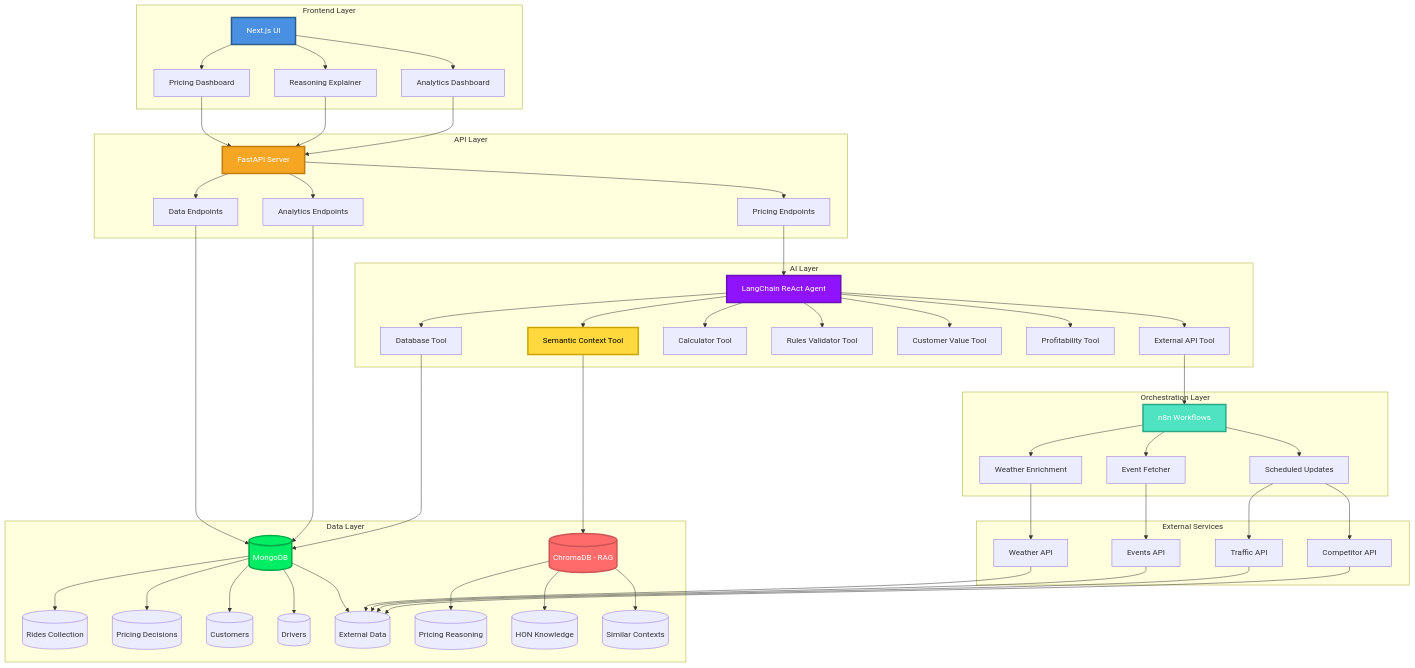
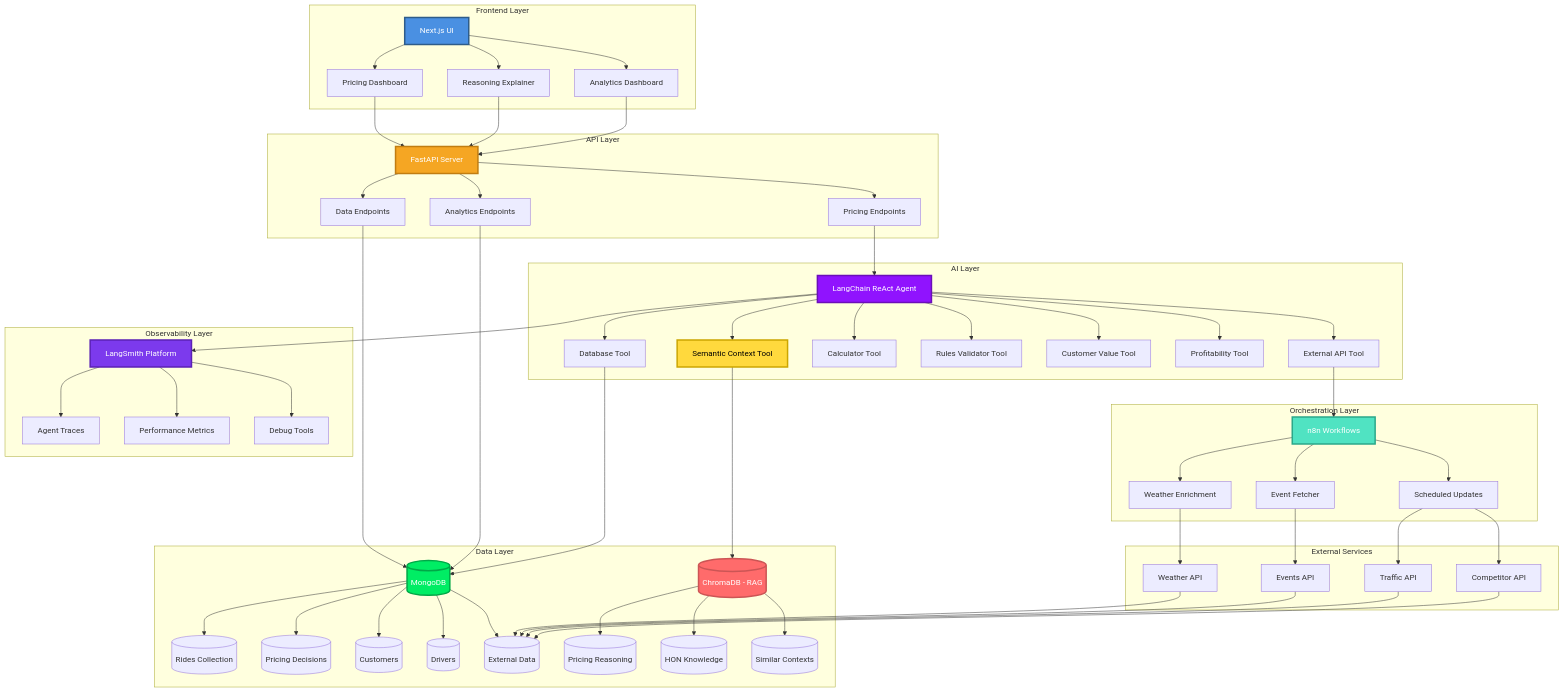
Before and after one commit to fly2safa/HON-hackathon-dynamic-pricing: the first of 6 diagrams in docs/implementation-plan.md, drawn with Mermaid. The commit also changed other lines of this file and 1 other file, not shown here.

Commit message:
Add LangSmith observability proposal and integration plan

````diff
--- a/docs/implementation-plan.md
+++ b/docs/implementation-plan.md
@@ -195,6 +208,13 @@
         Competitor[Competitor API]
     end
     
+    subgraph "Observability Layer"
+        LangSmith[LangSmith Platform]
+        Traces[Agent Traces]
+        Metrics[Performance Metrics]
+        Debugging[Debug Tools]
+    end
+    
     UI --> Dashboard
     UI --> Explainer
     UI --> Analytics
@@ -218,6 +238,7 @@
     Agent --> CustomerTool
     Agent --> ProfitTool
     Agent --> RAGTool
+    Agent --> LangSmith
     
     DBTool --> MongoDB
     RAGTool --> ChromaDB
@@ -247,11 +268,16 @@
     Traffic --> ExternalDB
     Competitor --> ExternalDB
     
+    LangSmith --> Traces
+    LangSmith --> Metrics
+    LangSmith --> Debugging
+    
     style UI fill:#4A90E2,stroke:#2E5C8A,stroke-width:3px,color:#fff
     style API fill:#F5A623,stroke:#C17D11,stroke-width:3px,color:#fff
     style Agent fill:#9013FE,stroke:#6B0FB8,stroke-width:3px,color:#fff
     style N8N fill:#50E3C2,stroke:#2BA88A,stroke-width:3px,color:#fff
     style MongoDB fill:#00ED64,stroke:#00A847,stroke-width:3px,color:#fff
     style ChromaDB fill:#FF6B6B,stroke:#CC5555,stroke-width:3px,color:#fff
+    style LangSmith fill:#7C3AED,stroke:#5B21B6,stroke-width:3px,color:#fff
     style RAGTool fill:#FFD93D,stroke:#CCA600,stroke-width:3px,color:#000
 ```
````
